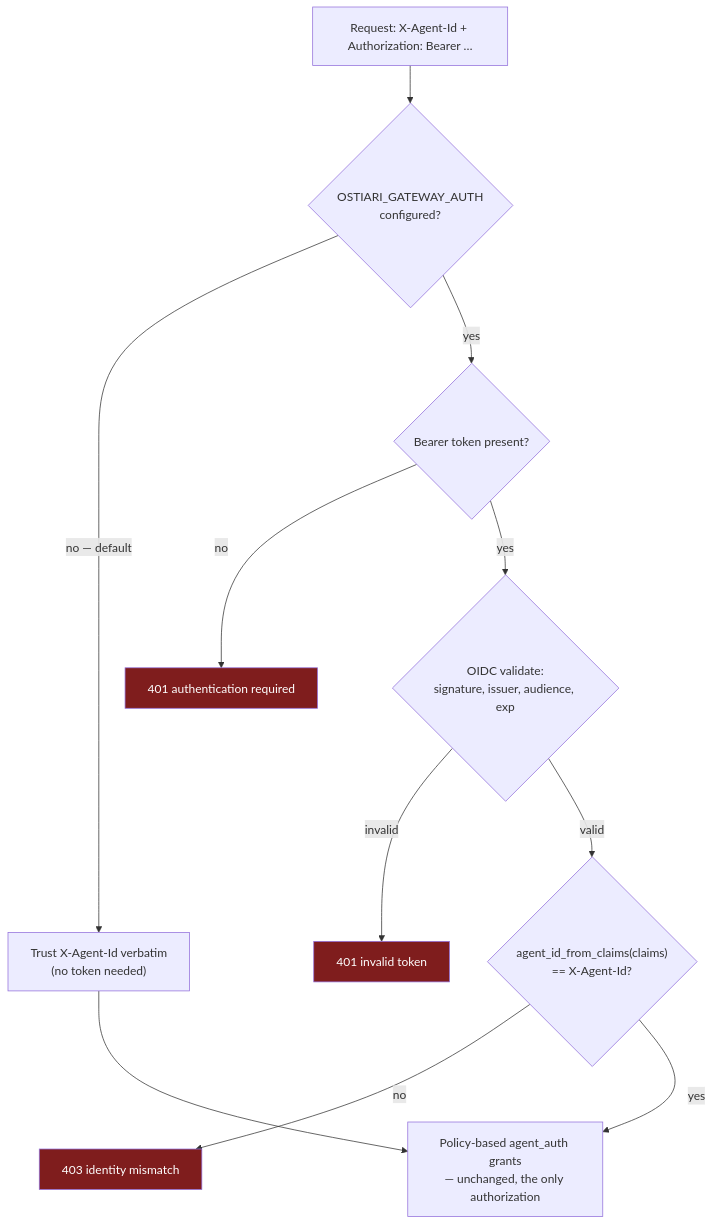
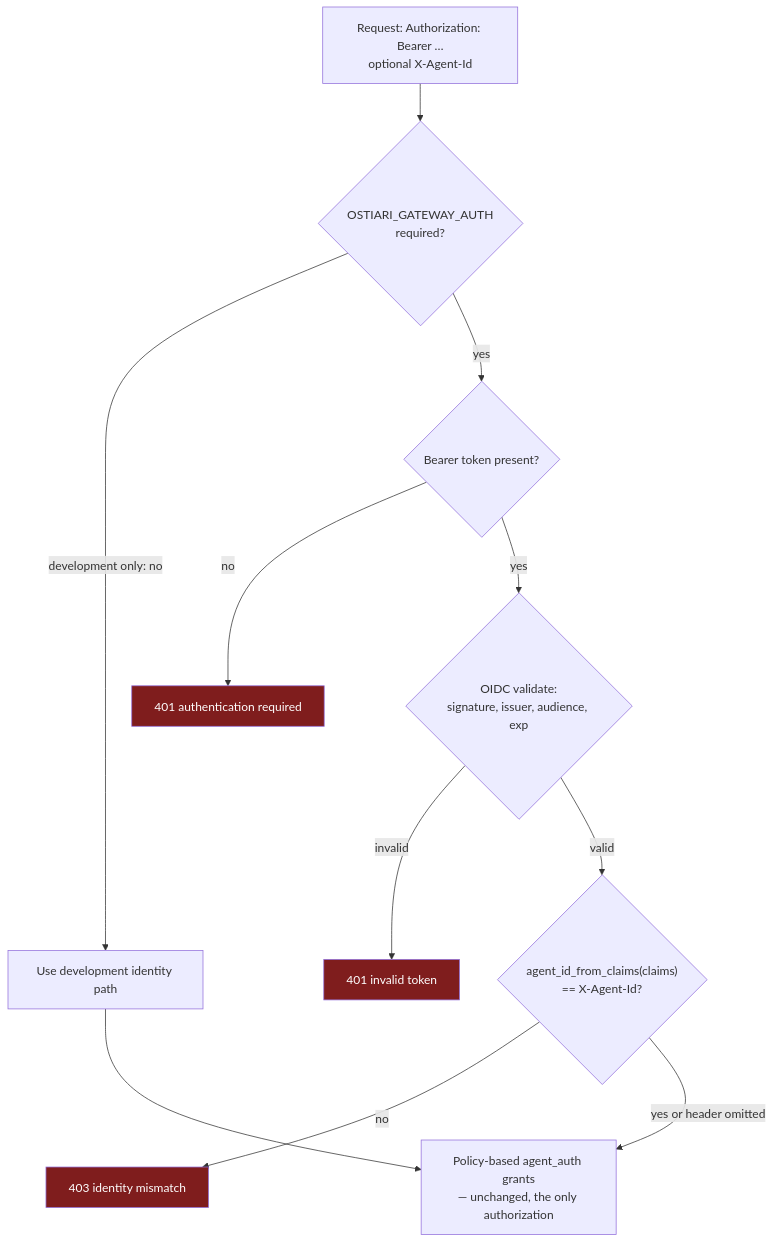
Before and after one commit to hk-775/ostiari: diagram 37 of 41 in docs/gateway-architecture.md, drawn with Mermaid. The commit also changed other lines of this file and 126 other files, not shown here.

````diff
--- a/docs/gateway-architecture.md
+++ b/docs/gateway-architecture.md
@@ -3320,17 +3318,17 @@
 ```mermaid
 flowchart TD
-    REQ["Request: X-Agent-Id + Authorization: Bearer …"] --> ON{"OSTIARI_GATEWAY_AUTH<br/>configured?"}
-    ON -->|"no — default"| TRUST["Trust X-Agent-Id verbatim<br/>(no token needed)"]
+    REQ["Request: Authorization: Bearer …<br/>optional X-Agent-Id"] --> ON{"OSTIARI_GATEWAY_AUTH<br/>required?"}
+    ON -->|"development only: no"| TRUST["Use development identity path"]
     ON -->|yes| TOK{Bearer token present?}
     TOK -->|no| E401["401 authentication required"]
     TOK -->|yes| VAL{"OIDC validate:<br/>signature, issuer, audience, exp"}
     VAL -->|invalid| E401b["401 invalid token"]
     VAL -->|valid| MATCH{"agent_id_from_claims(claims)<br/>== X-Agent-Id?"}
     MATCH -->|no| E403["403 identity mismatch"]
-    MATCH -->|yes| GRANTS["Policy-based agent_auth grants<br/>— unchanged, the only authorization"]
+    MATCH -->|yes or header omitted| GRANTS["Policy-based agent_auth grants<br/>— unchanged, the only authorization"]
     TRUST --> GRANTS
 
     style E401 fill:#7f1d1d,color:white
     style E401b fill:#7f1d1d,color:white
     style E403 fill:#7f1d1d,color:white
 ```
````
